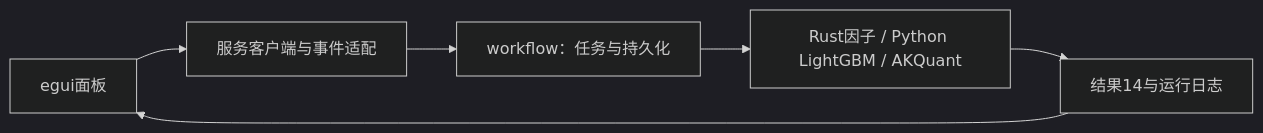
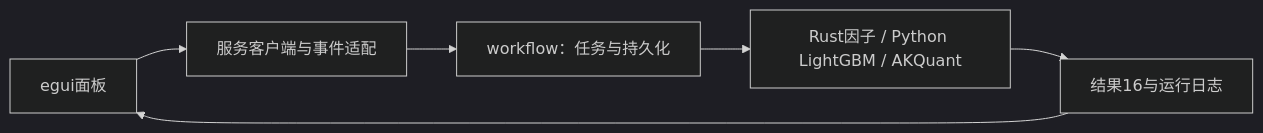
The diagram in crates/app/README.md (Dennishaha/JFQuant), drawn with Mermaid (dark theme) before and after one commit. The commit also changed other lines of this file and 47 other files, not shown here.

````diff
--- a/crates/app/README.md
+++ b/crates/app/README.md
@@ -6,8 +6,8 @@
 ```mermaid
 flowchart LR
  UI[egui面板] --> C[服务客户端与事件适配]
  C --> W[workflow：任务与持久化]
  W --> R[Rust因子 / Python LightGBM / AKQuant]
- R --> O[结果14与运行日志]
+ R --> O[结果16与运行日志]
  O --> UI
 ```
````
